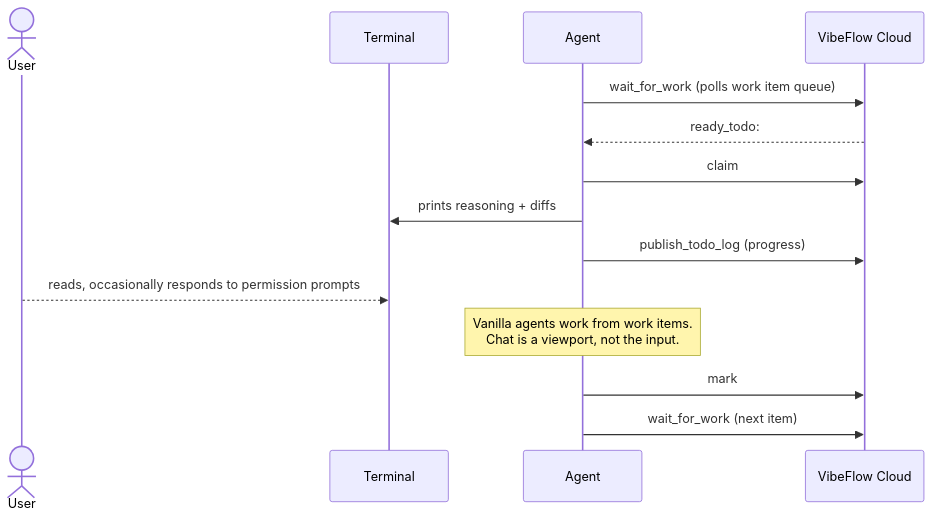
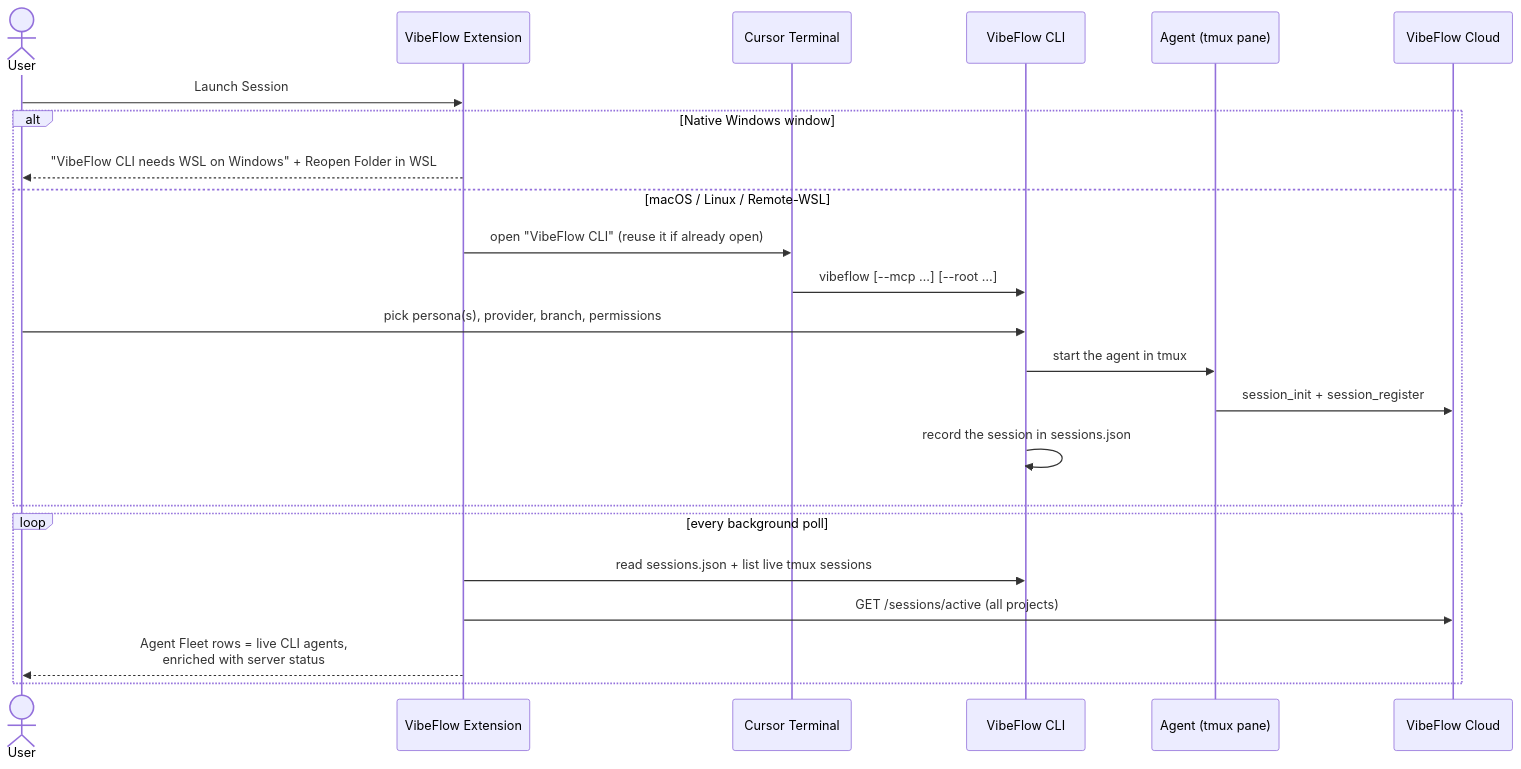
Before and after one commit to axiom-studio/vscode-vibeflow: the second of 7 diagrams in docs/cursor-vibeflow/docs/workflows-and-flows.md, drawn with Mermaid. The commit also changed other lines of this file and 29 other files, not shown here.

````diff
--- a/docs/cursor-vibeflow/docs/workflows-and-flows.md
+++ b/docs/cursor-vibeflow/docs/workflows-and-flows.md
@@ -115,17 +63,26 @@
 ```mermaid
 sequenceDiagram
     actor User
-    participant Term as Terminal
-    participant Agent
+    participant Ext as VibeFlow Extension
+    participant Term as Cursor Terminal
+    participant CLI as VibeFlow CLI
+    participant Agent as Agent (tmux pane)
     participant Server as VibeFlow Cloud
 
-    Agent->>Server: wait_for_work (polls work item queue)
-    Server-->>Agent: ready_todo: #123 "Add login button"
-    Agent->>Server: claim #123
-    Agent->>Term: prints reasoning + diffs
-    Agent->>Server: publish_todo_log (progress)
-    User-->>Term: reads, occasionally responds to permission prompts
-    Note over Agent: Vanilla agents work from work items.<br/>Chat is a viewport, not the input.
-    Agent->>Server: mark #123 done
-    Agent->>Server: wait_for_work (next item)
+    User->>Ext: Launch Session
+    alt Native Windows window
+        Ext-->>User: "VibeFlow CLI needs WSL on Windows" + Reopen Folder in WSL
+    else macOS / Linux / Remote-WSL
+        Ext->>Term: open "VibeFlow CLI" (reuse it if already open)
+        Term->>CLI: vibeflow [--mcp …] [--root …]
+        User->>CLI: pick persona(s), provider, branch, permissions
+        CLI->>Agent: start the agent in tmux
+        Agent->>Server: session_init + session_register
+        CLI->>CLI: record the session in sessions.json
+    end
+    loop every background poll
+        Ext->>CLI: read sessions.json + list live tmux sessions
+        Ext->>Server: GET /sessions/active (all projects)
+        Ext-->>User: Agent Fleet rows = live CLI agents,<br/>enriched with server status
+    end
 ```
````
